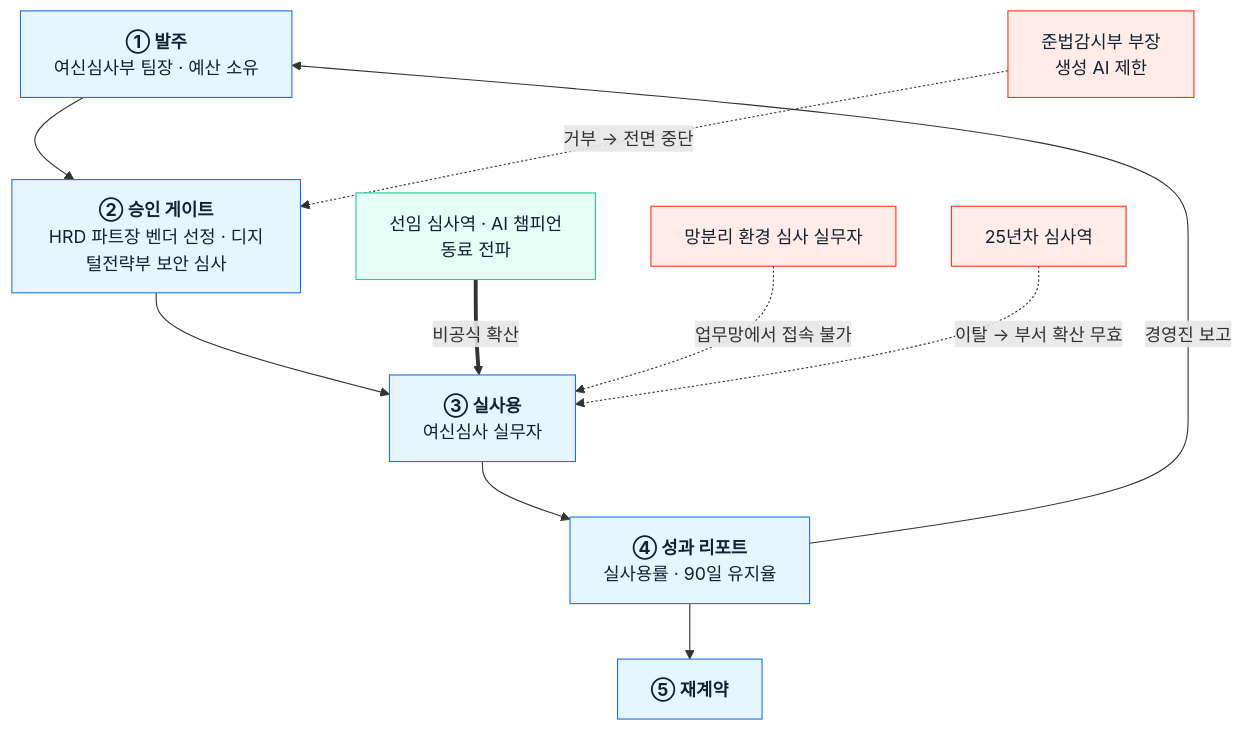
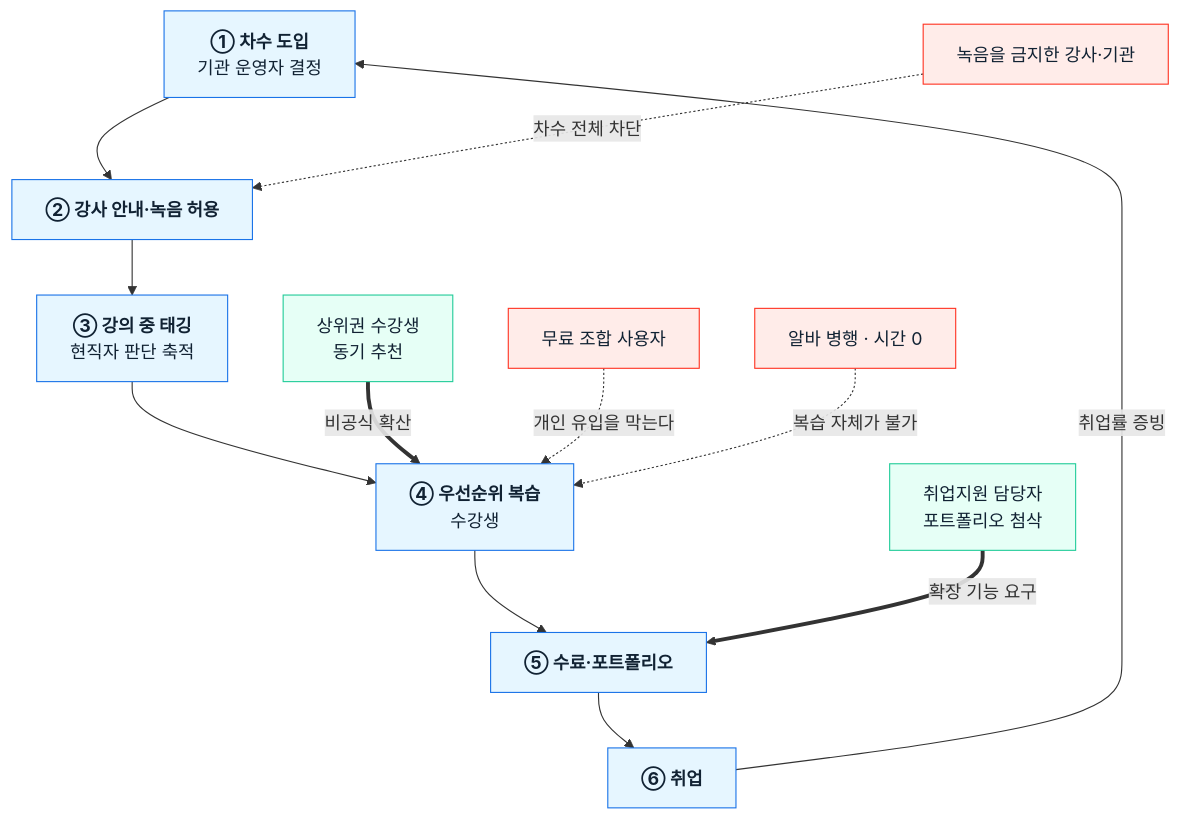
Before and after one commit to happai079/business-research-kokjip: the third of 3 diagrams in 05-persona-spectrum-journey-map/case-01-persona-spectrum.md, drawn with Mermaid. The commit also changed other lines of this file and 15 other files, not shown here.

````diff
--- a/05-persona-spectrum-journey-map/case-01-persona-spectrum.md
+++ b/05-persona-spectrum-journey-map/case-01-persona-spectrum.md
@@ -278,23 +273,25 @@
 ```mermaid
 flowchart TB
-    S1["<b>① 발주</b><br/>여신심사부 팀장 · 예산 소유"]
-    S2["<b>② 승인 게이트</b><br/>HRD 파트장 벤더 선정 · 디지털전략부 보안 심사"]
-    S3["<b>③ 실사용</b><br/>여신심사 실무자"]
-    S4["<b>④ 성과 리포트</b><br/>실사용률 · 90일 유지율"]
-    S5["<b>⑤ 재계약</b>"]
+    S1["<b>① 차수 도입</b><br/>기관 운영자 결정"]
+    S2["<b>② 강사 안내·녹음 허용</b>"]
+    S3["<b>③ 강의 중 태깅</b><br/>현직자 판단 축적"]
+    S4["<b>④ 우선순위 복습</b><br/>수강생"]
+    S5["<b>⑤ 수료·포트폴리오</b>"]
+    S6["<b>⑥ 취업</b>"]
 
-    S1 --> S2 --> S3 --> S4 --> S5
-    S4 -->|"경영진 보고"| S1
+    S1 --> S2 --> S3 --> S4 --> S5 --> S6
+    S6 -->|"취업률 증빙"| S1
 
-    HELP["선임 심사역 · AI 챔피언<br/>동료 전파"] ==>|"비공식 확산"| S3
-    BLK1["준법감시부 부장<br/>생성 AI 제한"] -.->|"거부 → 전면 중단"| S2
-    BLK2["망분리 환경 심사 실무자"] -.->|"업무망에서 접속 불가"| S3
-    BLK3["25년차 심사역"] -.->|"이탈 → 부서 확산 무효"| S3
+    HELP["상위권 수강생<br/>동기 추천"] ==>|"비공식 확산"| S4
+    PART["취업지원 담당자<br/>포트폴리오 첨삭"] ==>|"확장 기능 요구"| S5
+    BLK1["녹음을 금지한 강사·기관"] -.->|"차수 전체 차단"| S2
+    BLK2["무료 조합 사용자"] -.->|"개인 유입을 막는다"| S4
+    BLK3["알바 병행 · 시간 0"] -.->|"복습 자체가 불가"| S4
 
     classDef spine fill:#e6f6ff,stroke:#1a73e8,color:#123
     classDef help fill:#e6fff6,stroke:#22CC99,color:#123
     classDef block fill:#ffece9,stroke:#FF3322,color:#123
-    class S1,S2,S3,S4,S5 spine
-    class HELP help
+    class S1,S2,S3,S4,S5,S6 spine
+    class HELP,PART help
     class BLK1,BLK2,BLK3 block
 ```
````
